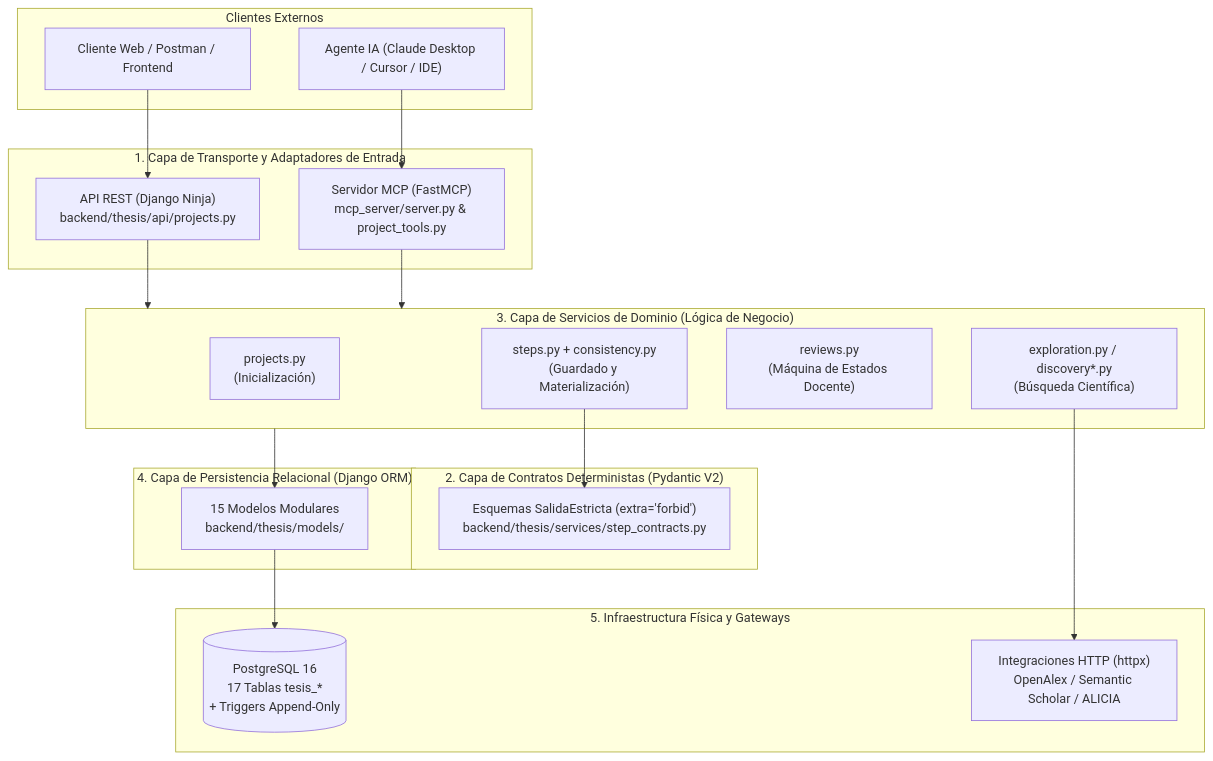
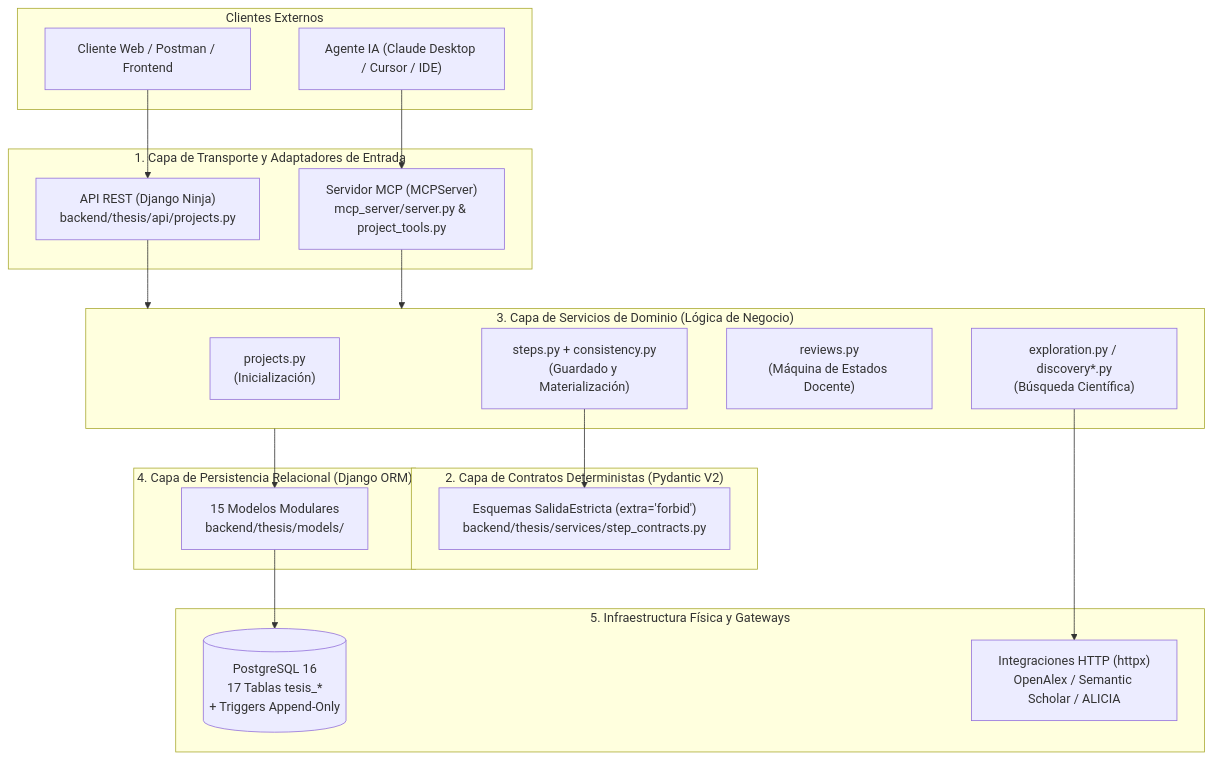
One commit to Jupiloy/TesisMCP changed the first of 2 diagrams in docs/01_ARQUITECTURA_Y_PATRONES_DISENO.md. Above: the diagram before and after it, drawn with Mermaid. The commit also changed other lines of this file and 12 other files, not shown here.

````diff
--- a/docs/01_ARQUITECTURA_Y_PATRONES_DISENO.md
+++ b/docs/01_ARQUITECTURA_Y_PATRONES_DISENO.md
@@ -11,41 +11,41 @@
 ```mermaid
 flowchart TD
     subgraph Clientes["Clientes Externos"]
         Web["Cliente Web / Postman / Frontend"]
         Agent["Agente IA (Claude Desktop / Cursor / IDE)"]
     end
 
     subgraph Transporte["1. Capa de Transporte y Adaptadores de Entrada"]
         REST["API REST (Django Ninja)\nbackend/thesis/api/projects.py"]
-        MCP["Servidor MCP (FastMCP)\nmcp_server/server.py & project_tools.py"]
+        MCP["Servidor MCP (MCPServer)\nmcp_server/server.py & project_tools.py"]
     end
 
     subgraph Contratos["2. Capa de Contratos Deterministas (Pydantic V2)"]
         SC["Esquemas SalidaEstricta (extra='forbid')\nbackend/thesis/services/step_contracts.py"]
     end
 
     subgraph Servicios["3. Capa de Servicios de Dominio (Lógica de Negocio)"]
         SP["projects.py\n(Inicialización)"]
         SS["steps.py + consistency.py\n(Guardado y Materialización)"]
         SR["reviews.py\n(Máquina de Estados Docente)"]
         SE["exploration.py / discovery*.py\n(Búsqueda Científica)"]
     end
 
     subgraph Persistencia["4. Capa de Persistencia Relacional (Django ORM)"]
         M["15 Modelos Modulares\nbackend/thesis/models/"]
     end
 
     subgraph Infraestructura["5. Infraestructura Física y Gateways"]
         PG[("PostgreSQL 16\n17 Tablas tesis_*\n+ Triggers Append-Only")]
         API_EXT["Integraciones HTTP (httpx)\nOpenAlex / Semantic Scholar / ALICIA"]
     end
 
     Web --> REST
     Agent --> MCP
     REST --> Servicios
     MCP --> Servicios
     SS --> SC
     Servicios --> M
     SE --> API_EXT
     M --> PG
 ```
````
